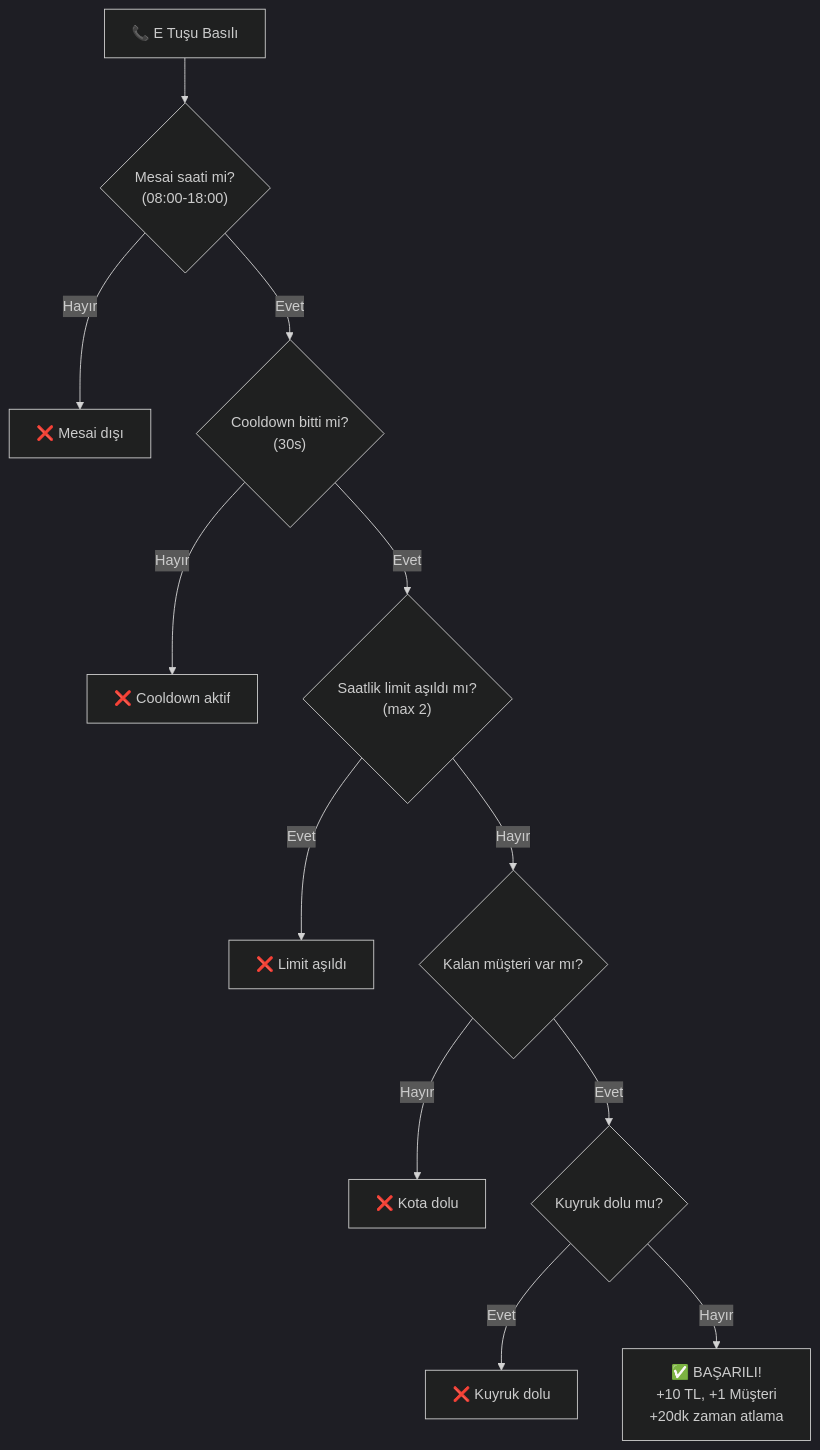
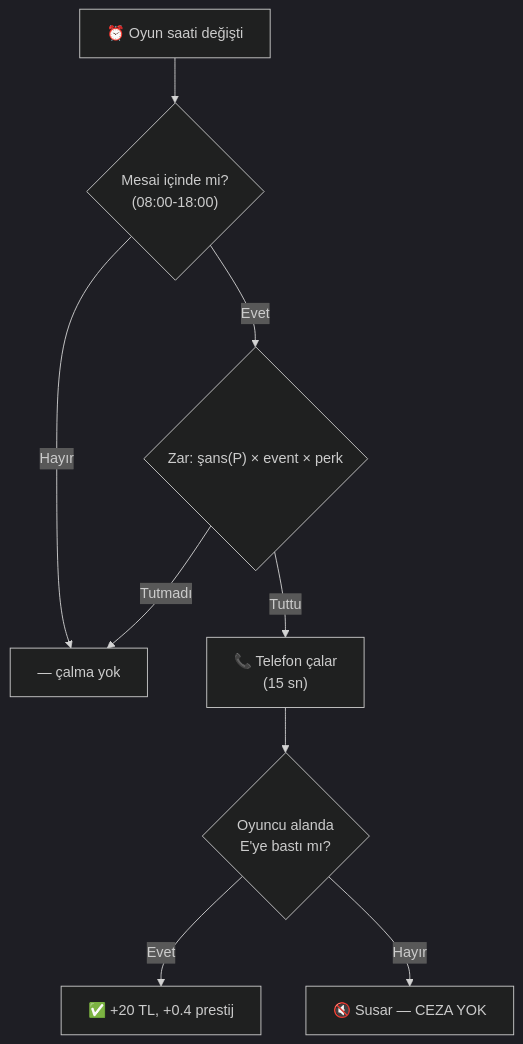
The sixth of 11 diagrams in GDD.md (Thefec/Cargor), drawn with Mermaid (dark theme) before and after one commit. The commit also changed other lines of this file, not shown here.

````diff
--- a/GDD.md
+++ b/GDD.md
@@ -726,14 +836,11 @@
 ```mermaid
 flowchart TD
-    A["📞 E Tuşu Basılı"] --> B{"Mesai saati mi?\n(08:00-18:00)"}
-    B -->|Hayır| FAIL1["❌ Mesai dışı"]
-    B -->|Evet| C{"Cooldown bitti mi?\n(30s)"}
-    C -->|Hayır| FAIL2["❌ Cooldown aktif"]
-    C -->|Evet| D{"Saatlik limit aşıldı mı?\n(max 2)"}
-    D -->|Evet| FAIL3["❌ Limit aşıldı"]
-    D -->|Hayır| E{"Kalan müşteri var mı?"}
-    E -->|Hayır| FAIL4["❌ Kota dolu"]
-    E -->|Evet| F{"Kuyruk dolu mu?"}
-    F -->|Evet| FAIL5["❌ Kuyruk dolu"]
-    F -->|Hayır| G["✅ BAŞARILI!\n+10 TL, +1 Müşteri\n+20dk zaman atlama"]
+    A["⏰ Oyun saati değişti"] --> B{"Mesai içinde mi?\n(08:00-18:00)"}
+    B -->|Hayır| X["— çalma yok"]
+    B -->|Evet| C{"Zar: şans(P) × event × perk"}
+    C -->|Tutmadı| X
+    C -->|Tuttu| D["📞 Telefon çalar\n(15 sn)"]
+    D --> E{"Oyuncu alanda\nE'ye bastı mı?"}
+    E -->|Evet| F["✅ +20 TL, +0.4 prestij"]
+    E -->|Hayır| G["🔇 Susar — CEZA YOK"]
 ```
````
